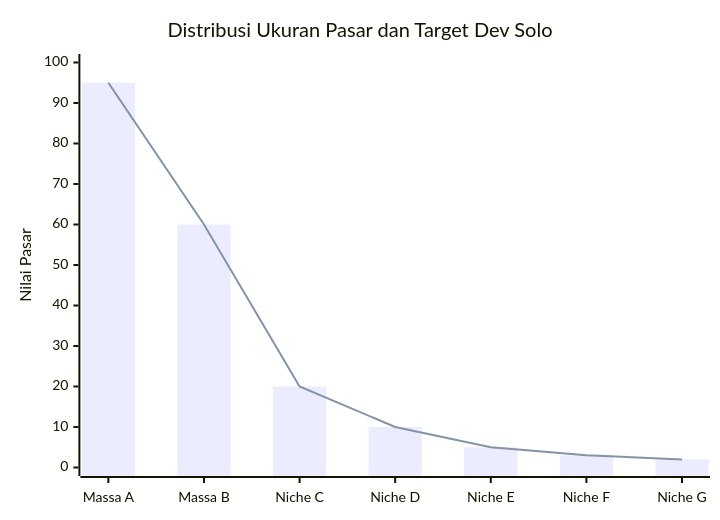
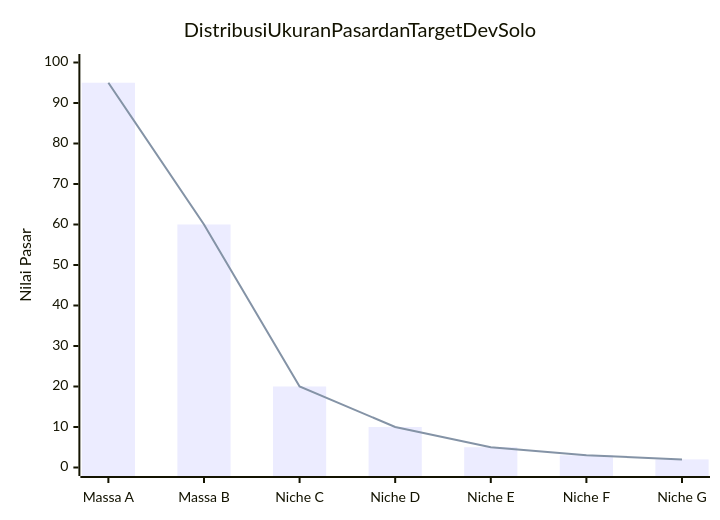
Before and after one commit to kenjinote/blog: the first of 2 diagrams in content/post/solo_dev_survival/index.id.md, drawn with Mermaid. The commit also changed other lines of this file and 703 other files, not shown here.

Commit message:
Fix: Remove quotes from Mermaid link texts and timeline definitions to support Mermaid 11.4.1

````diff
--- a/content/post/solo_dev_survival/index.id.md
+++ b/content/post/solo_dev_survival/index.id.md
@@ -38,8 +38,8 @@
 ```mermaid
 xychart-beta
-  title "Distribusi Ukuran Pasar dan Target Dev Solo"
+    title Distribusi Ukuran Pasar dan Target Dev Solo
   x-axis ["Massa A", "Massa B", "Niche C", "Niche D", "Niche E", "Niche F", "Niche G"]
   y-axis "Nilai Pasar" 0 --> 100
   bar [95, 60, 20, 10, 5, 3, 2]
   line [95, 60, 20, 10, 5, 3, 2]
 ```
````
